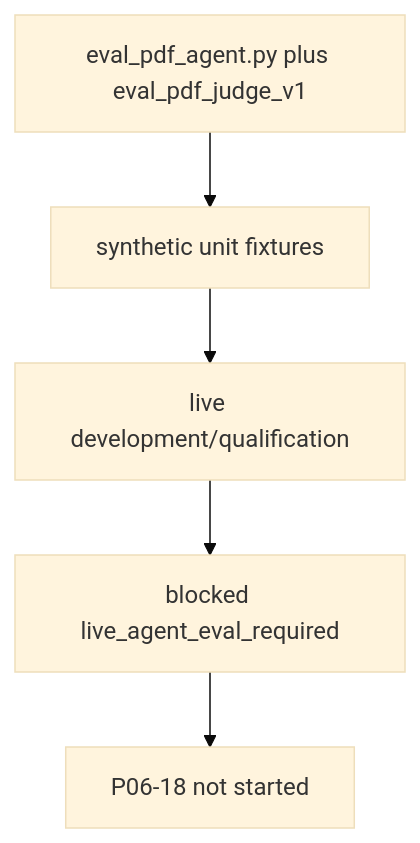
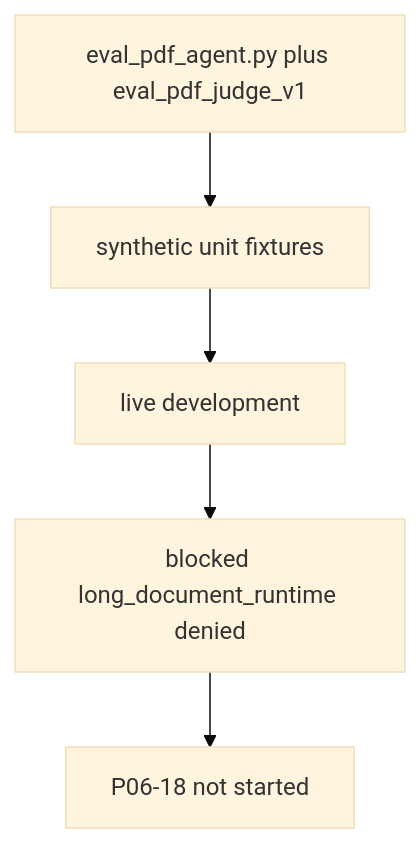
One commit to Nagdy8888/smart-rag changed the diagram in docs/development/phase-06/p06-17-pdf-agent-evaluation-2026-09-13.md. Above: the diagram before and after it, drawn with Mermaid (base theme). The commit also changed other lines of this file and 5 other files, not shown here.

````diff
--- a/docs/development/phase-06/p06-17-pdf-agent-evaluation-2026-09-13.md
+++ b/docs/development/phase-06/p06-17-pdf-agent-evaluation-2026-09-13.md
@@ -22,7 +22,7 @@
 ```mermaid
 flowchart TD
   impl["eval_pdf_agent.py plus eval_pdf_judge_v1"] --> unit["synthetic unit fixtures"]
-  unit --> live["live development/qualification"]
-  live --> blocked["blocked live_agent_eval_required"]
+  unit --> live["live development"]
+  live --> blocked["blocked long_document_runtime denied"]
   blocked --> holdout["P06-18 not started"]
 ```
````
